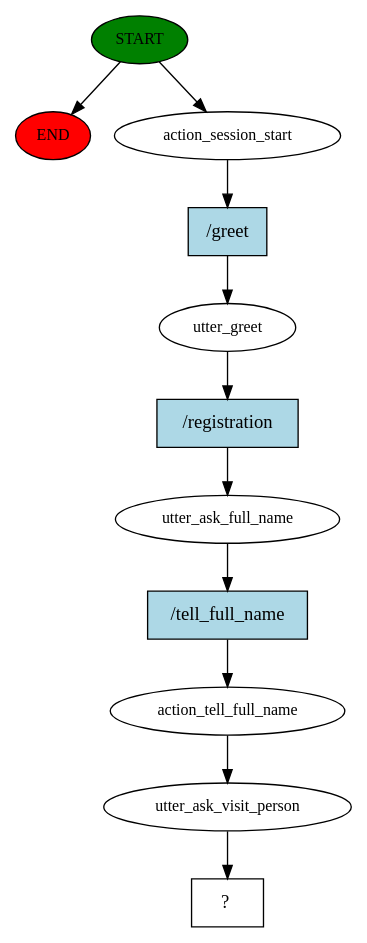
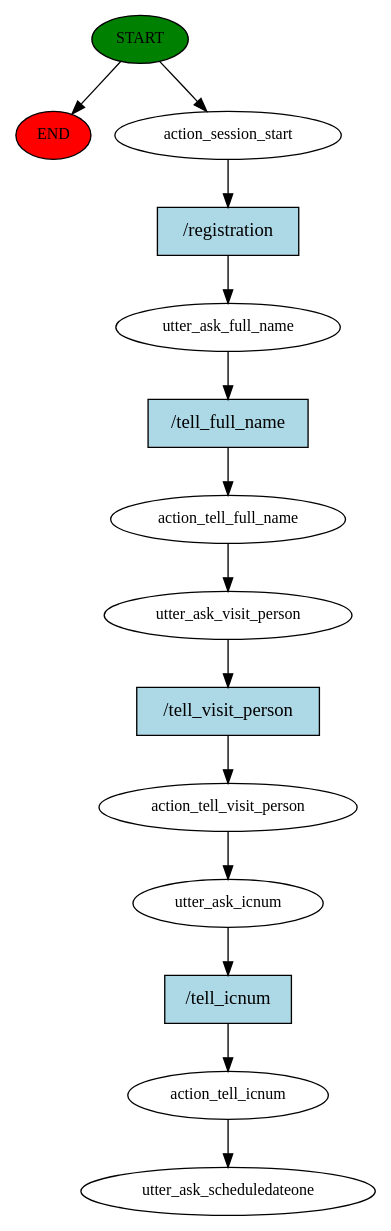
One commit to chowdhuryshakur/ptp_ai_bot changed the diagram in story_graph.dot. Above: the diagram before and after it, drawn with Graphviz. The commit also changed 4 other files, not shown here.

```diff
--- a/story_graph.dot
+++ b/story_graph.dot
@@ -1,23 +1,29 @@
 digraph  {
 0 [class="start active", fillcolor=green, fontsize=12, label=START, style=filled];
 "-1" [class=end, fillcolor=red, fontsize=12, label=END, style=filled];
 1 [class=active, fontsize=12, label=action_session_start];
-2 [class=active, fontsize=12, label=utter_greet];
-3 [class=active, fontsize=12, label=utter_ask_full_name];
-4 [class=active, fontsize=12, label=action_tell_full_name];
-5 [class=active, fontsize=12, label=utter_ask_visit_person];
-6 [class="intent dashed active", label="  ?  ", shape=rect];
-7 [class="intent active", fillcolor=lightblue, label="/greet", shape=rect, style=filled];
-8 [class="intent active", fillcolor=lightblue, label="/registration", shape=rect, style=filled];
-9 [class="intent active", fillcolor=lightblue, label="/tell_full_name", shape=rect, style=filled];
+2 [class=active, fontsize=12, label=utter_ask_full_name];
+3 [class=active, fontsize=12, label=action_tell_full_name];
+4 [class=active, fontsize=12, label=utter_ask_visit_person];
+5 [class=active, fontsize=12, label=action_tell_visit_person];
+6 [class=active, fontsize=12, label=utter_ask_icnum];
+7 [class=active, fontsize=12, label=action_tell_icnum];
+8 [class="dashed active", fontsize=12, label=utter_ask_scheduledateone];
+9 [class="intent active", fillcolor=lightblue, label="/registration", shape=rect, style=filled];
+10 [class="intent active", fillcolor=lightblue, label="/tell_full_name", shape=rect, style=filled];
+11 [class="intent active", fillcolor=lightblue, label="/tell_visit_person", shape=rect, style=filled];
+12 [class="intent active", fillcolor=lightblue, label="/tell_icnum", shape=rect, style=filled];
 0 -> "-1"  [class="", key=NONE, label=""];
 0 -> 1  [class=active, key=NONE, label=""];
-1 -> 7  [class=active, key=0];
-2 -> 8  [class=active, key=0];
-3 -> 9  [class=active, key=0];
-4 -> 5  [class=active, key=NONE, label=""];
+1 -> 9  [class=active, key=0];
+2 -> 10  [class=active, key=0];
+3 -> 4  [class=active, key=NONE, label=""];
+4 -> 11  [class=active, key=0];
 5 -> 6  [class=active, key=NONE, label=""];
-7 -> 2  [class=active, key=0];
-8 -> 3  [class=active, key=0];
-9 -> 4  [class=active, key=0];
+6 -> 12  [class=active, key=0];
+7 -> 8  [class=active, key=NONE, label=""];
+9 -> 2  [class=active, key=0];
+10 -> 3  [class=active, key=0];
+11 -> 5  [class=active, key=0];
+12 -> 7  [class=active, key=0];
 }
```
